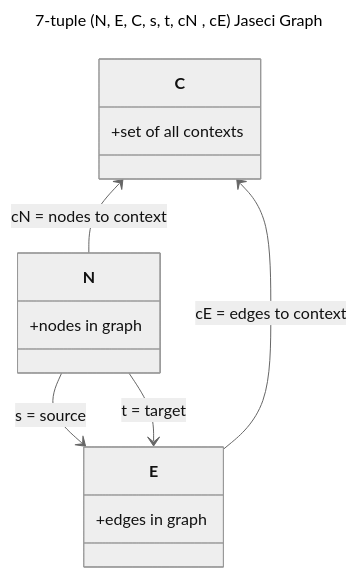
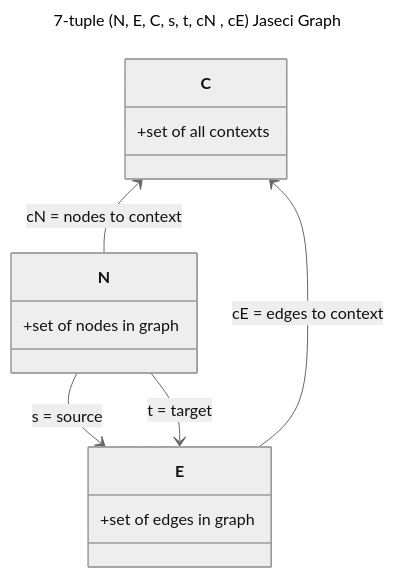
One commit to WrappedUsername/jaseci-ninja-notes changed the diagram in README.md. Above: the diagram before and after it, drawn with Mermaid (neutral theme).

````diff
--- a/README.md
+++ b/README.md
@@ -36,19 +36,19 @@
 ```mermaid
 ---
 title: 7-tuple (N, E, C, s, t, cN , cE) Jaseci Graph
 ---
 classDiagram
   N --> E : s = source 
   N --> E : t = target
   C <-- N : cN = nodes to context
   C <-- E : cE = edges to context
   class N{
-    +nodes in graph
+    +set of nodes in graph
   }
   class E{
-    +edges in graph
+    +set of edges in graph
   }
   class C{
     +set of all contexts
   }
 ```
````
